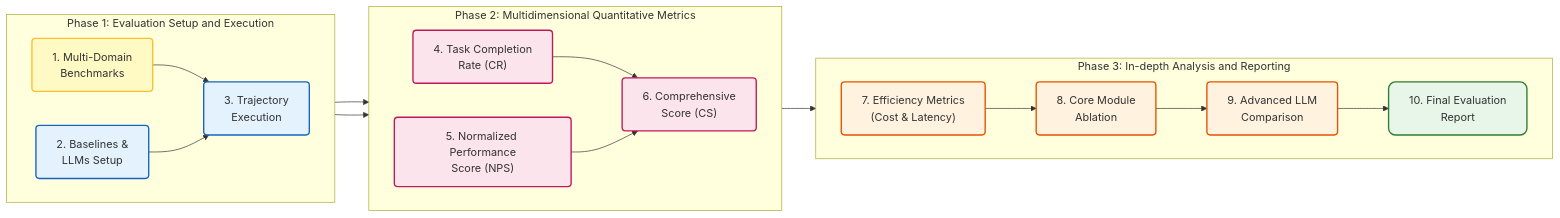
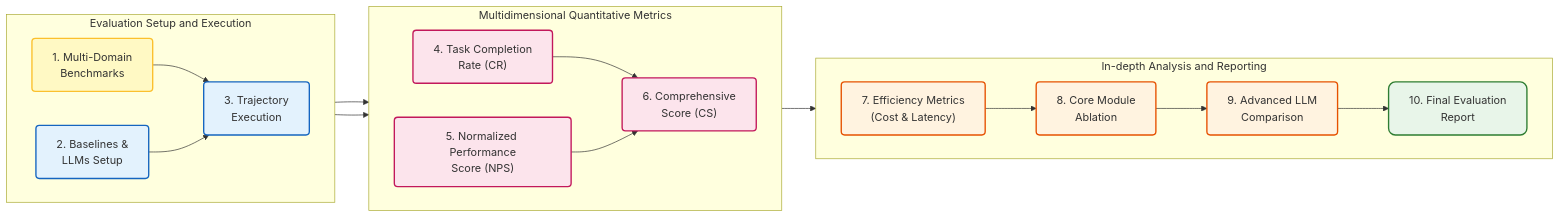
The fifth of 6 diagrams in Literature Review/brief report 3.md (hhtrocket/HHT-Benchmark-dataset), drawn with Mermaid before and after one commit. The commit also changed other lines of this file, not shown here.

````diff
--- a/Literature Review/brief report 3.md
+++ b/Literature Review/brief report 3.md
@@ -239,42 +239,42 @@
 ```mermaid
 graph LR
     classDef phase1 fill:#e3f2fd,stroke:#1565c0,stroke-width:2px,rx:5,ry:5;
     classDef phase2 fill:#fce4ec,stroke:#c2185b,stroke-width:2px,rx:5,ry:5;
     classDef phase3 fill:#fff3e0,stroke:#e65100,stroke-width:2px,rx:5,ry:5;
     classDef input fill:#fff9c4,stroke:#fbc02d,stroke-width:2px,rx:5,ry:5;
     classDef report fill:#e8f5e9,stroke:#2e7d32,stroke-width:2px,rx:10,ry:10;
 
-    subgraph Phase 1: Evaluation Setup and Execution
+    subgraph Evaluation Setup and Execution
         direction LR
         N1["1. Multi-Domain<br/>Benchmarks"]:::input
         N2["2. Baselines &<br/>LLMs Setup"]:::phase1
         N3["3. Trajectory<br/>Execution"]:::phase1
         
         N1 --> N3
         N2 --> N3
     end
 
-    subgraph Phase 2: Multidimensional Quantitative Metrics
+    subgraph Multidimensional Quantitative Metrics
         direction LR
         N4["4. Task Completion<br/>Rate (CR)"]:::phase2
         N5["5. Normalized Performance<br/>Score (NPS)"]:::phase2
         N6["6. Comprehensive<br/>Score (CS)"]:::phase2
         
         N3 --> N4
         N3 --> N5
         N4 & N5 --> N6
     end
 
-    subgraph P3 [Phase 3: In-depth Analysis and Reporting]
+    subgraph In-depth Analysis and Reporting
         direction LR
         N7["7. Efficiency Metrics<br/>(Cost & Latency)"]:::phase3
         N8["8. Core Module<br/>Ablation"]:::phase3
         N9["9. Advanced LLM<br/>Comparison"]:::phase3
         N10["10. Final Evaluation<br/>Report"]:::report
         
         N6 --> N7
         N7 --> N8
         N8 --> N9
         N9 --> N10
     end
 ```
````
